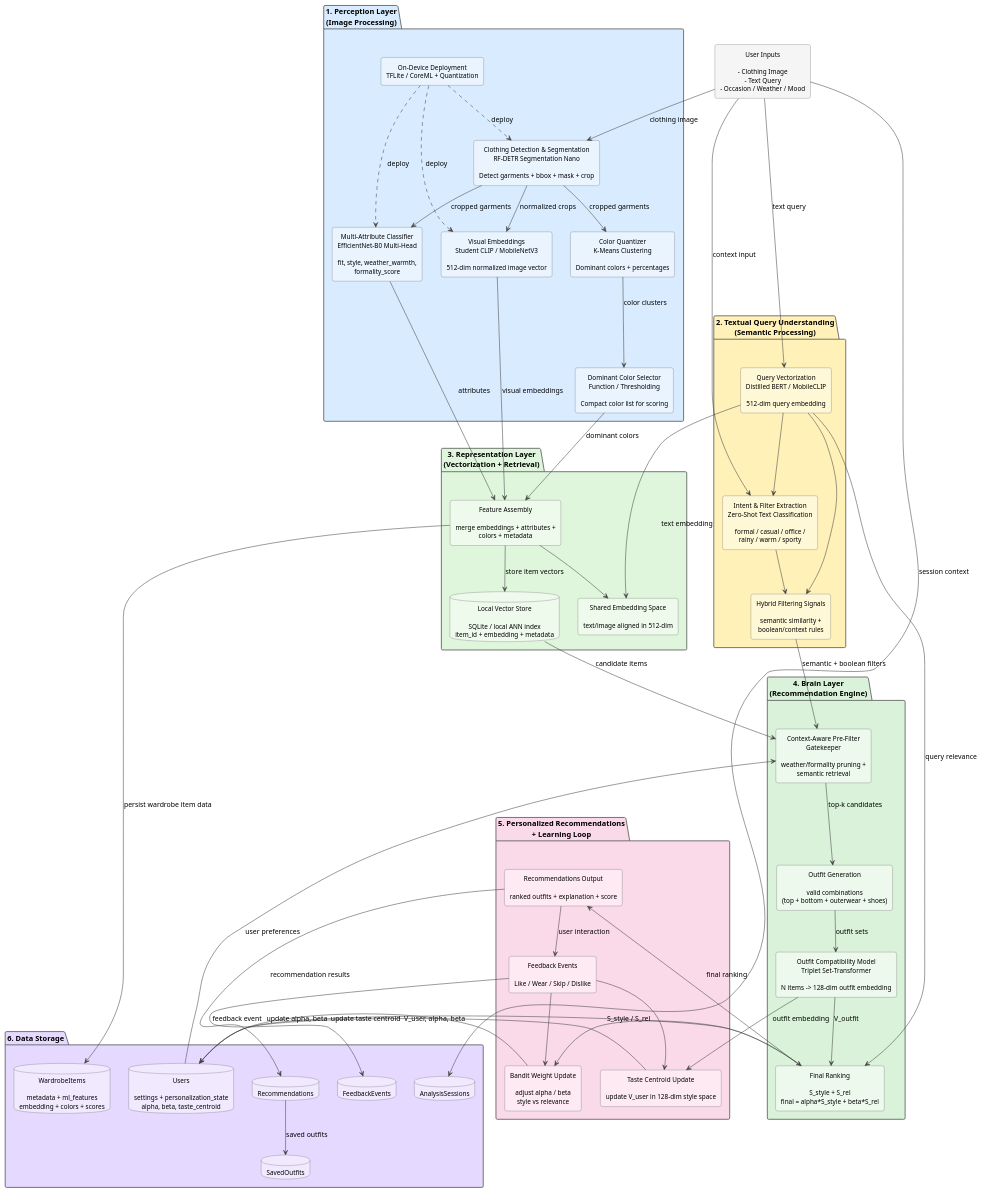
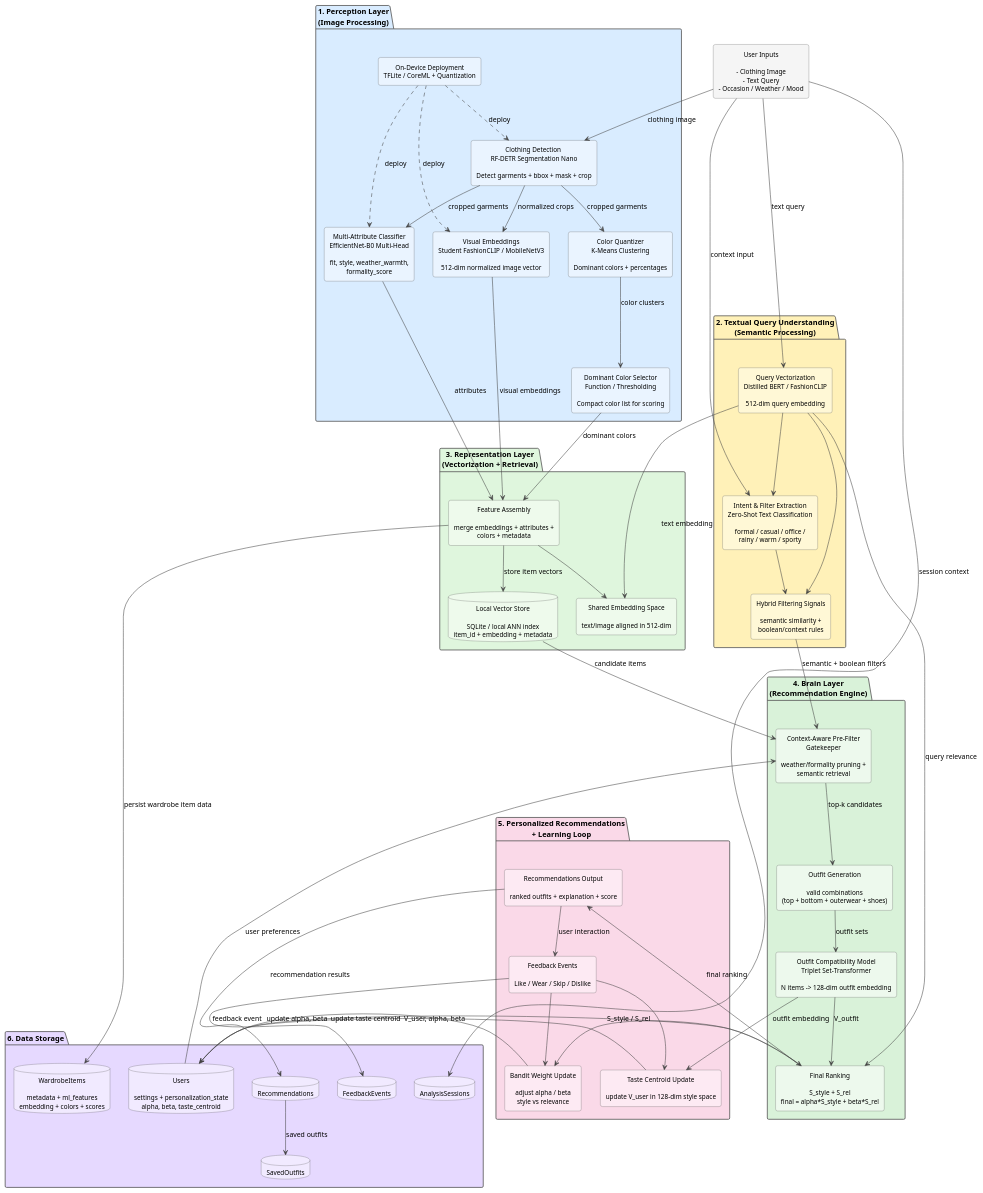
One commit to ridamansour/WardrobeGenie-API changed the diagram in UML/example.puml. Above: the diagram before and after it, drawn with PlantUML. The commit also changed 6 other files, not shown here.

Commit message:
Updated RF-DETR integration: - Switched from YOLO to RF-DETR for garment detection. - Adjusted API port to 8001 in `docker-compose-api.yml`. - Added `rfdetr` to dependencies. - Included UML diagrams for pipeline and dataset generation.

```diff
--- a/UML/example.puml
+++ b/UML/example.puml
@@ -1,114 +1,114 @@
 @startuml
 
 skinparam backgroundColor white
 skinparam shadowing false
 
 skinparam defaultTextAlignment center
 skinparam ArrowColor #444444
 skinparam package {
   BorderColor #555555
   FontStyle bold
   FontSize 14
 }
 skinparam rectangle {
   BorderColor #555555
   RoundCorner 8
   FontSize 12
 }
 skinparam database {
   BorderColor #555555
   FontSize 12
 }
 
 rectangle "User Inputs\n\n- Clothing Image\n- Text Query\n- Occasion / Weather / Mood" as UI #F5F5F5
 
 package "1. Perception Layer\n(Image Processing)" #D9ECFF {
-  rectangle "Clothing Detection & Segmentation\nRF-DETR Segmentation Nano\n\nDetect garments + bbox + mask + crop" as P1 #EAF4FF
+  rectangle "Clothing Detection \nRF-DETR Segmentation Nano\n\nDetect garments + bbox + mask + crop" as P1 #EAF4FF
   rectangle "Multi-Attribute Classifier\nEfficientNet-B0 Multi-Head\n\nfit, style, weather_warmth,\nformality_score" as P2 #EAF4FF
   rectangle "Color Quantizer\nK-Means Clustering\n\nDominant colors + percentages" as P3 #EAF4FF
   rectangle "Dominant Color Selector\nFunction / Thresholding\n\nCompact color list for scoring" as P4 #EAF4FF
-  rectangle "Visual Embeddings\nStudent CLIP / MobileNetV3\n\n512-dim normalized image vector" as P5 #EAF4FF
+  rectangle "Visual Embeddings\nStudent FashionCLIP / MobileNetV3\n\n512-dim normalized image vector" as P5 #EAF4FF
   rectangle "On-Device Deployment\nTFLite / CoreML + Quantization" as P6 #EAF4FF
 }
 
 package "2. Textual Query Understanding\n(Semantic Processing)" #FFF1B8 {
-  rectangle "Query Vectorization\nDistilled BERT / MobileCLIP\n\n512-dim query embedding" as T1 #FFF8D6
+  rectangle "Query Vectorization\nDistilled BERT / FashionCLIP\n\n512-dim query embedding" as T1 #FFF8D6
   rectangle "Intent & Filter Extraction\nZero-Shot Text Classification\n\nformal / casual / office /\nrainy / warm / sporty" as T2 #FFF8D6
   rectangle "Hybrid Filtering Signals\n\nsemantic similarity +\nboolean/context rules" as T3 #FFF8D6
 }
 
 package "3. Representation Layer\n(Vectorization + Retrieval)" #DFF6DD {
   rectangle "Feature Assembly\n\nmerge embeddings + attributes +\ncolors + metadata" as R1 #EEFAEC
   rectangle "Shared Embedding Space\n\ntext/image aligned in 512-dim" as R2 #EEFAEC
   database "Local Vector Store\n\nSQLite / local ANN index\nitem_id + embedding + metadata" as R3 #EEFAEC
 }
 
 package "4. Brain Layer\n(Recommendation Engine)" #D9F2D9 {
   rectangle "Context-Aware Pre-Filter\nGatekeeper\n\nweather/formality pruning +\nsemantic retrieval" as B1 #EDF9ED
   rectangle "Outfit Generation\n\nvalid combinations\n(top + bottom + outerwear + shoes)" as B2 #EDF9ED
   rectangle "Outfit Compatibility Model\nTriplet Set-Transformer\n\nN items -> 128-dim outfit embedding" as B3 #EDF9ED
   rectangle "Final Ranking\n\nS_style + S_rel\nfinal = alpha*S_style + beta*S_rel" as B4 #EDF9ED
 }
 
 package "5. Personalized Recommendations\n+ Learning Loop" #FAD9E8 {
   rectangle "Recommendations Output\n\nranked outfits + explanation + score" as O1 #FDEAF3
   rectangle "Feedback Events\n\nLike / Wear / Skip / Dislike" as L1 #FDEAF3
   rectangle "Taste Centroid Update\n\nupdate V_user in 128-dim style space" as L2 #FDEAF3
   rectangle "Bandit Weight Update\n\nadjust alpha / beta\nstyle vs relevance" as L3 #FDEAF3
 }
 
 package "6. Data Storage" #E6D9FF {
   database "Users\n\nsettings + personalization_state\nalpha, beta, taste_centroid" as D1 #F1EAFF
   database "WardrobeItems\n\nmetadata + ml_features\nembedding + colors + scores" as D2 #F1EAFF
   database "AnalysisSessions" as D3 #F1EAFF
   database "Recommendations" as D4 #F1EAFF
   database "SavedOutfits" as D5 #F1EAFF
   database "FeedbackEvents" as D6 #F1EAFF
 }
 
 UI --> P1 : clothing image
 P1 --> P2 : cropped garments
 P1 --> P3 : cropped garments
 P1 --> P5 : normalized crops
 P3 --> P4 : color clusters
 
 P2 --> R1 : attributes
 P4 --> R1 : dominant colors
 P5 --> R1 : visual embeddings
 R1 --> R2
 R1 --> R3 : store item vectors
 R1 --> D2 : persist wardrobe item data
 
 UI --> T1 : text query
 UI --> T2 : context input
 T1 --> T2
 T1 --> T3
 T2 --> T3
 T1 --> R2 : text embedding
 
 R3 --> B1 : candidate items
 T3 --> B1 : semantic + boolean filters
 D1 --> B1 : user preferences
 B1 --> B2 : top-k candidates
 B2 --> B3 : outfit sets
 B3 --> B4 : V_outfit
 D1 --> B4 : V_user, alpha, beta
 T1 --> B4 : query relevance
 B4 --> O1 : final ranking
 
 UI --> D3 : session context
 O1 --> D4 : recommendation results
 D4 --> D5 : saved outfits
 O1 --> L1 : user interaction
 L1 --> D6 : feedback event
 L1 --> L2
 L1 --> L3
 B3 --> L2 : outfit embedding
 B4 --> L3 : S_style / S_rel
 L2 --> D1 : update taste centroid
 L3 --> D1 : update alpha, beta
 
 P6 ..> P1 : deploy
 P6 ..> P2 : deploy
 P6 ..> P5 : deploy
 @enduml
```
